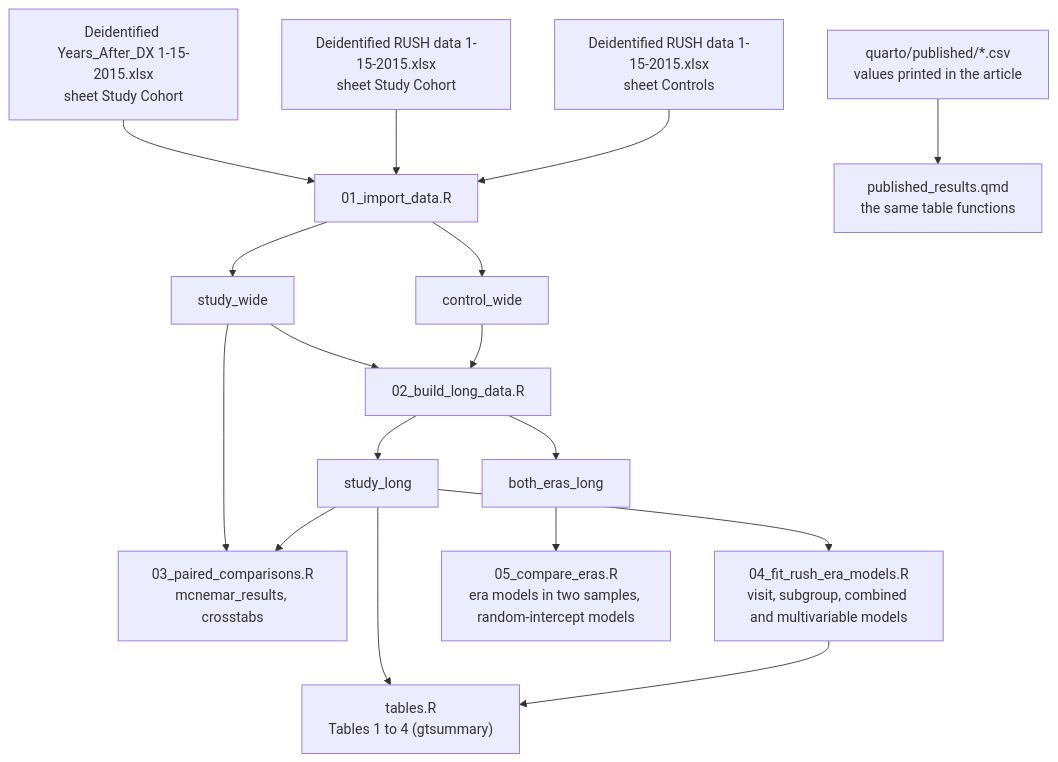
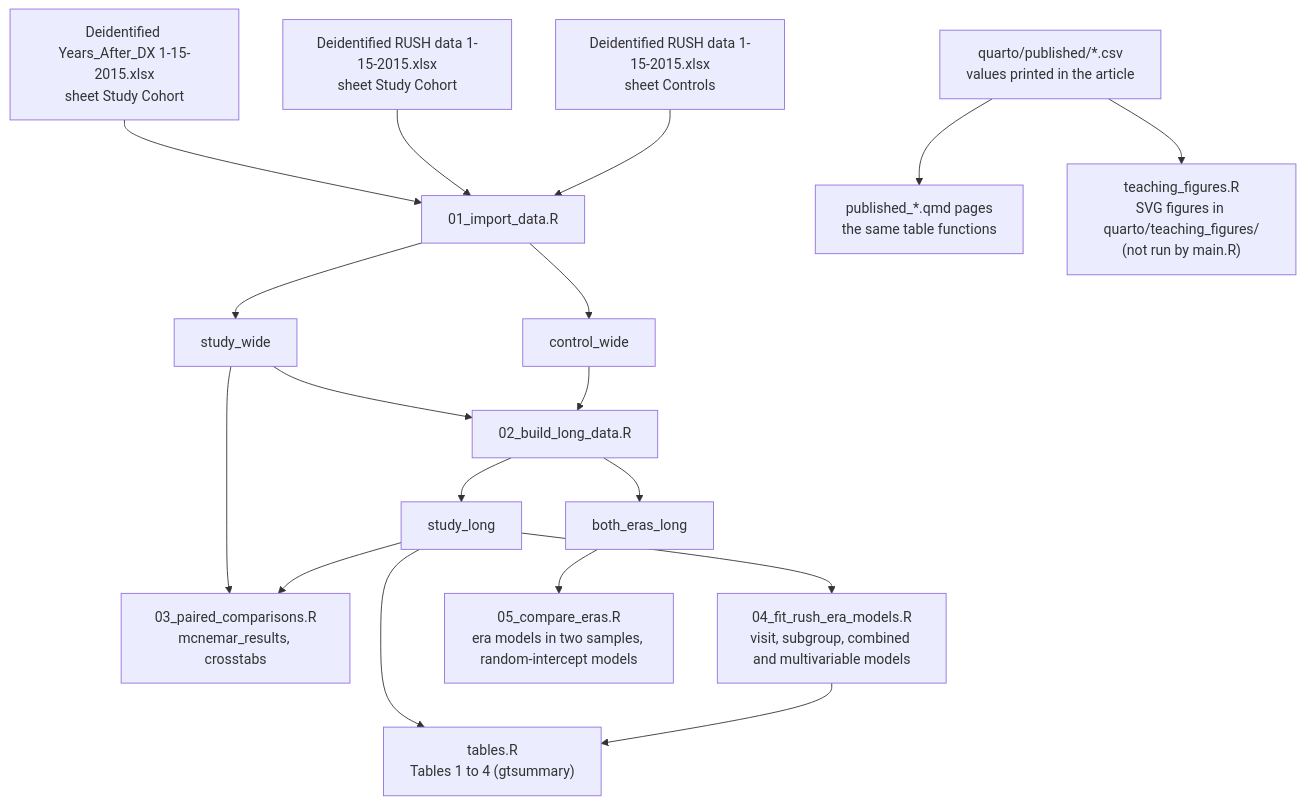
Before and after one commit to VagishHemmige/Harris-Health-RUSH: the diagram in ARCHITECTURE.md, drawn with Mermaid. The commit also changed other lines of this file and 13 other files, not shown here.

First line of the commit message:
Split Published results into an overview and one page per outcome

````diff
--- a/ARCHITECTURE.md
+++ b/ARCHITECTURE.md
@@ -22,19 +22,20 @@
 ```mermaid
 flowchart TD
   Y["Deidentified Years_After_DX 1-15-2015.xlsx<br/>sheet Study Cohort"] --> I["01_import_data.R"]
   W1["Deidentified RUSH data 1-15-2015.xlsx<br/>sheet Study Cohort"] --> I
   W2["Deidentified RUSH data 1-15-2015.xlsx<br/>sheet Controls"] --> I
   I --> SW["study_wide"]
   I --> CW["control_wide"]
   SW --> L["02_build_long_data.R"]
   CW --> L
   L --> SL["study_long"]
   L --> BE["both_eras_long"]
   SW --> P["03_paired_comparisons.R<br/>mcnemar_results, crosstabs"]
   SL --> P
   SL --> R["04_fit_rush_era_models.R<br/>visit, subgroup, combined and multivariable models"]
   BE --> E["05_compare_eras.R<br/>era models in two samples, random-intercept models"]
   SL --> T["tables.R<br/>Tables 1 to 4 (gtsummary)"]
   R --> T
-  PV["quarto/published/*.csv<br/>values printed in the article"] --> S["published_results.qmd<br/>the same table functions"]
+  PV["quarto/published/*.csv<br/>values printed in the article"] --> S["published_*.qmd pages<br/>the same table functions"]
+  PV --> F["teaching_figures.R<br/>SVG figures in quarto/teaching_figures/<br/>(not run by main.R)"]
 ```
````
